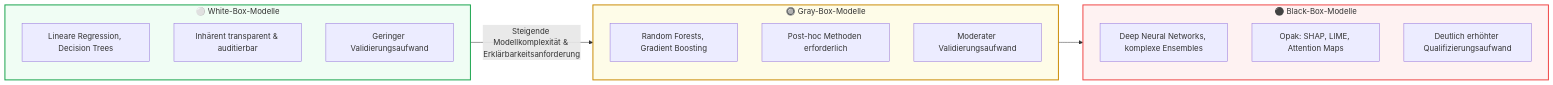
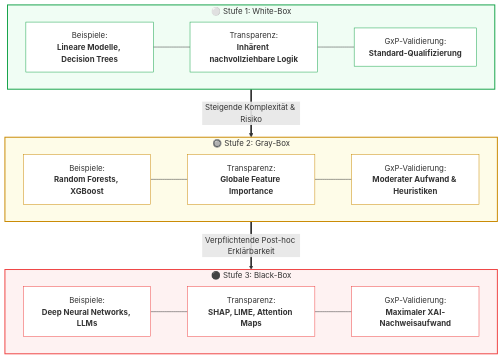
One commit to Lunaman06/Annex22 changed the diagram in docs/de/module_09_explainability_transparency.md. Above: the diagram before and after it, drawn with Mermaid. The commit also changed 29 other files, not shown here.

Commit message:
style(docs): optimize mermaid diagram aspect ratios, edge flows and legibility across all DE and EN modules

````diff
--- a/docs/de/module_09_explainability_transparency.md
+++ b/docs/de/module_09_explainability_transparency.md
@@ -22,30 +22,42 @@
 ```mermaid
-graph LR
-    subgraph WhiteBox["⚪ White-Box-Modelle"]
-        direction TB
-        W1["Lineare Regression, Decision Trees"]
-        W2["Inhärent transparent & auditierbar"]
-        W3["Geringer Validierungsaufwand"]
+flowchart TD
+    subgraph WhiteBox["⚪ Stufe 1: White-Box"]
+        direction LR
+        W1["Beispiele:<br/><b>Lineare Modelle, Decision Trees</b>"]
+        W2["Transparenz:<br/><b>Inhärent nachvollziehbare Logik</b>"]
+        W3["GxP-Validierung:<br/><b>Standard-Qualifizierung</b>"]
+        W1 --- W2 --- W3
     end
 
-    subgraph GrayBox["🔘 Gray-Box-Modelle"]
-        direction TB
-        G1["Random Forests, Gradient Boosting"]
-        G2["Post-hoc Methoden erforderlich"]
-        G3["Moderater Validierungsaufwand"]
+    subgraph GrayBox["🔘 Stufe 2: Gray-Box"]
+        direction LR
+        G1["Beispiele:<br/><b>Random Forests, XGBoost</b>"]
+        G2["Transparenz:<br/><b>Globale Feature Importance</b>"]
+        G3["GxP-Validierung:<br/><b>Moderater Aufwand & Heuristiken</b>"]
+        G1 --- G2 --- G3
     end
 
-    subgraph BlackBox["⚫ Black-Box-Modelle"]
-        direction TB
-        B1["Deep Neural Networks, komplexe Ensembles"]
-        B2["Opak: SHAP, LIME, Attention Maps"]
-        B3["Deutlich erhöhter Qualifizierungsaufwand"]
+    subgraph BlackBox["⚫ Stufe 3: Black-Box"]
+        direction LR
+        B1["Beispiele:<br/><b>Deep Neural Networks, LLMs</b>"]
+        B2["Transparenz:<br/><b>SHAP, LIME, Attention Maps</b>"]
+        B3["GxP-Validierung:<br/><b>Maximaler XAI-Nachweisaufwand</b>"]
+        B1 --- B2 --- B3
     end
 
-    WhiteBox -->|Steigende Modellkomplexität & Erklärbarkeitsanforderung| GrayBox
-    GrayBox --> BlackBox
+    WhiteBox ==>|"Steigende Komplexität & Risiko"| GrayBox
+    GrayBox ==>|"Verpflichtende Post-hoc Erklärbarkeit"| BlackBox
 
     style WhiteBox fill:#f0fdf4,stroke:#16a34a,stroke-width:2px
     style GrayBox fill:#fefce8,stroke:#ca8a04,stroke-width:2px
     style BlackBox fill:#fef2f2,stroke:#ef4444,stroke-width:2px
+    style W1 fill:#ffffff,stroke:#16a34a,stroke-width:1px
+    style W2 fill:#ffffff,stroke:#16a34a,stroke-width:1px
+    style W3 fill:#ffffff,stroke:#16a34a,stroke-width:1px
+    style G1 fill:#ffffff,stroke:#ca8a04,stroke-width:1px
+    style G2 fill:#ffffff,stroke:#ca8a04,stroke-width:1px
+    style G3 fill:#ffffff,stroke:#ca8a04,stroke-width:1px
+    style B1 fill:#ffffff,stroke:#ef4444,stroke-width:1px
+    style B2 fill:#ffffff,stroke:#ef4444,stroke-width:1px
+    style B3 fill:#ffffff,stroke:#ef4444,stroke-width:1px
 ```
````
